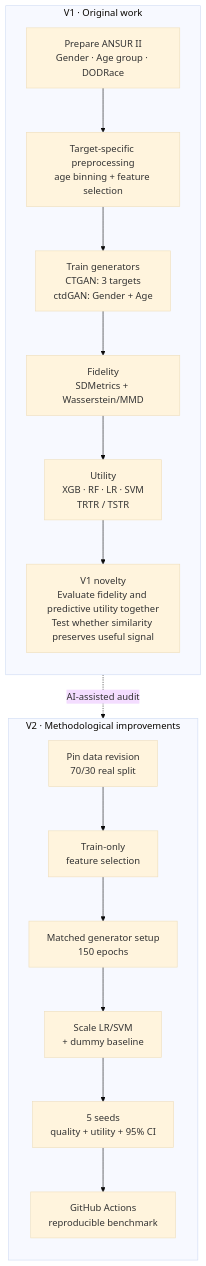
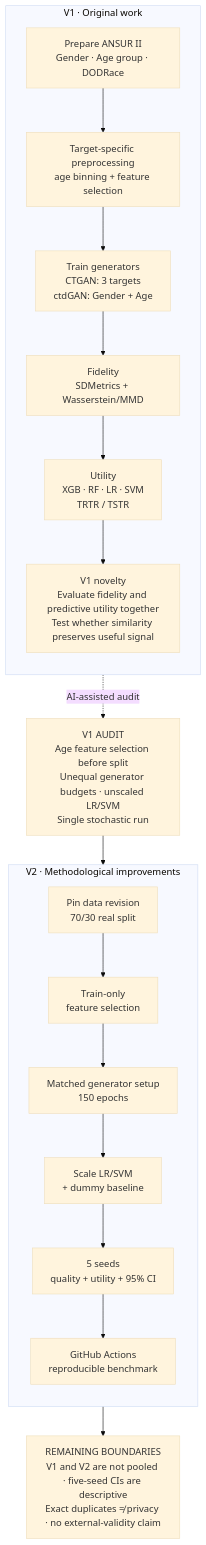
Before and after one commit to trungnb/ANSUR-II-CTGAN-Benchmark: the diagram in README.md, drawn with Mermaid (base theme).

Commit message:
docs: make V2 redesign rationale and limits explicit

````diff
--- a/README.md
+++ b/README.md
@@ -5,26 +5,29 @@
 ```mermaid
 flowchart TB
   subgraph V1["V1 · Original work"]
     direction TB
     A1["Prepare ANSUR II<br/>Gender · Age group · DODRace"]
     A2["Target-specific preprocessing<br/>age binning + feature selection"]
     A3["Train generators<br/>CTGAN: 3 targets<br/>ctdGAN: Gender + Age"]
     A4["Fidelity<br/>SDMetrics + Wasserstein/MMD"]
     A5["Utility<br/>XGB · RF · LR · SVM<br/>TRTR / TSTR"]
     A6["V1 novelty<br/>Evaluate fidelity and predictive utility together<br/>Test whether similarity preserves useful signal"]
     A1 --> A2 --> A3 --> A4 --> A5 --> A6
   end
 
-  A6 -. "AI-assisted audit" .-> B1
+  A6 -. "AI-assisted audit" .-> X["V1 AUDIT<br/>Age feature selection before split<br/>Unequal generator budgets · unscaled LR/SVM<br/>Single stochastic run"]
+  X --> B1
 
   subgraph V2["V2 · Methodological improvements"]
     direction TB
     B1["Pin data revision<br/>70/30 real split"]
     B2["Train-only<br/>feature selection"]
     B3["Matched generator setup<br/>150 epochs"]
     B4["Scale LR/SVM<br/>+ dummy baseline"]
     B5["5 seeds<br/>quality + utility + 95% CI"]
     B6["GitHub Actions<br/>reproducible benchmark"]
     B1 --> B2 --> B3 --> B4 --> B5 --> B6
   end
+
+  B6 --> Y["REMAINING BOUNDARIES<br/>V1 and V2 are not pooled · five-seed CIs are descriptive<br/>Exact duplicates ≠ privacy · no external-validity claim"]
 ```
````
